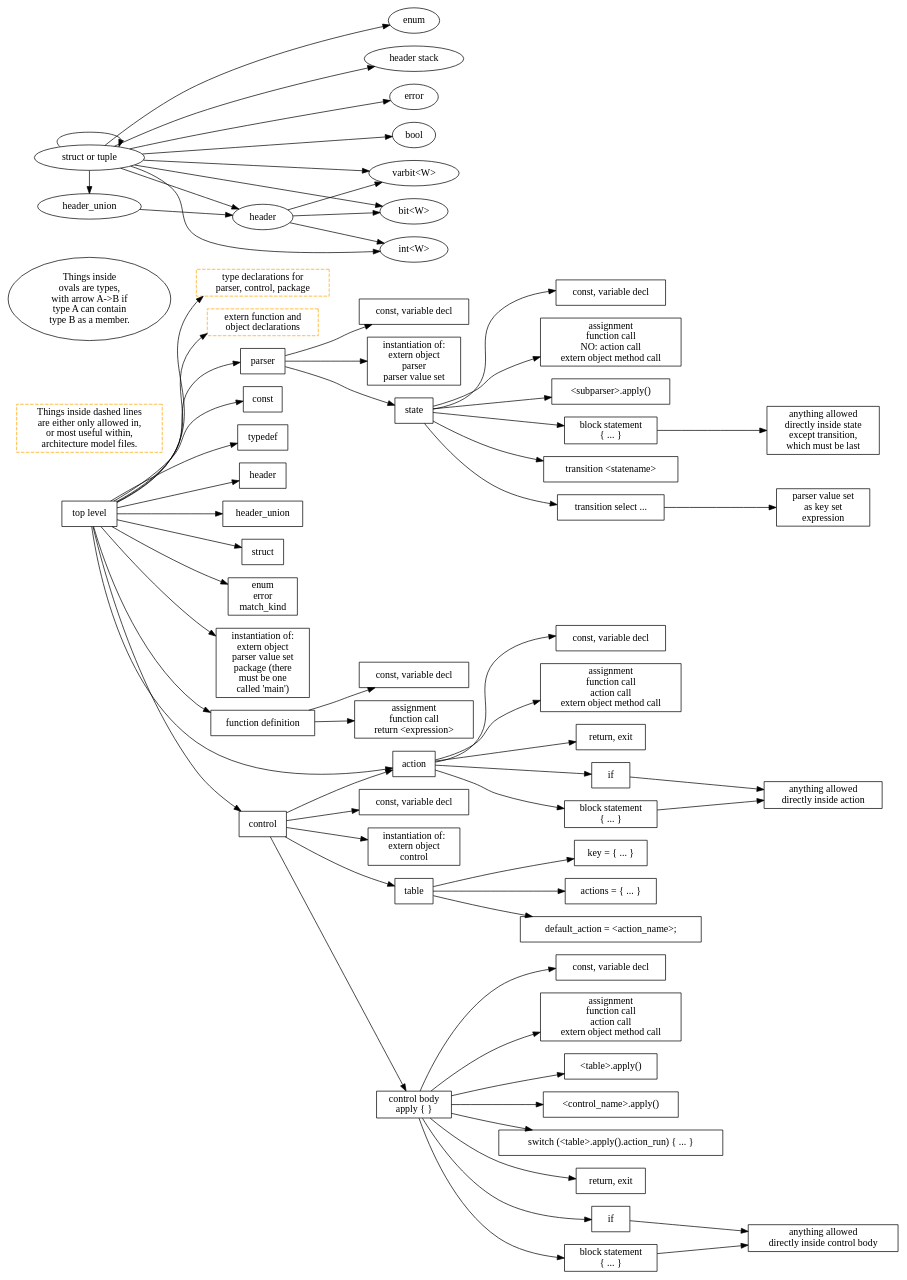
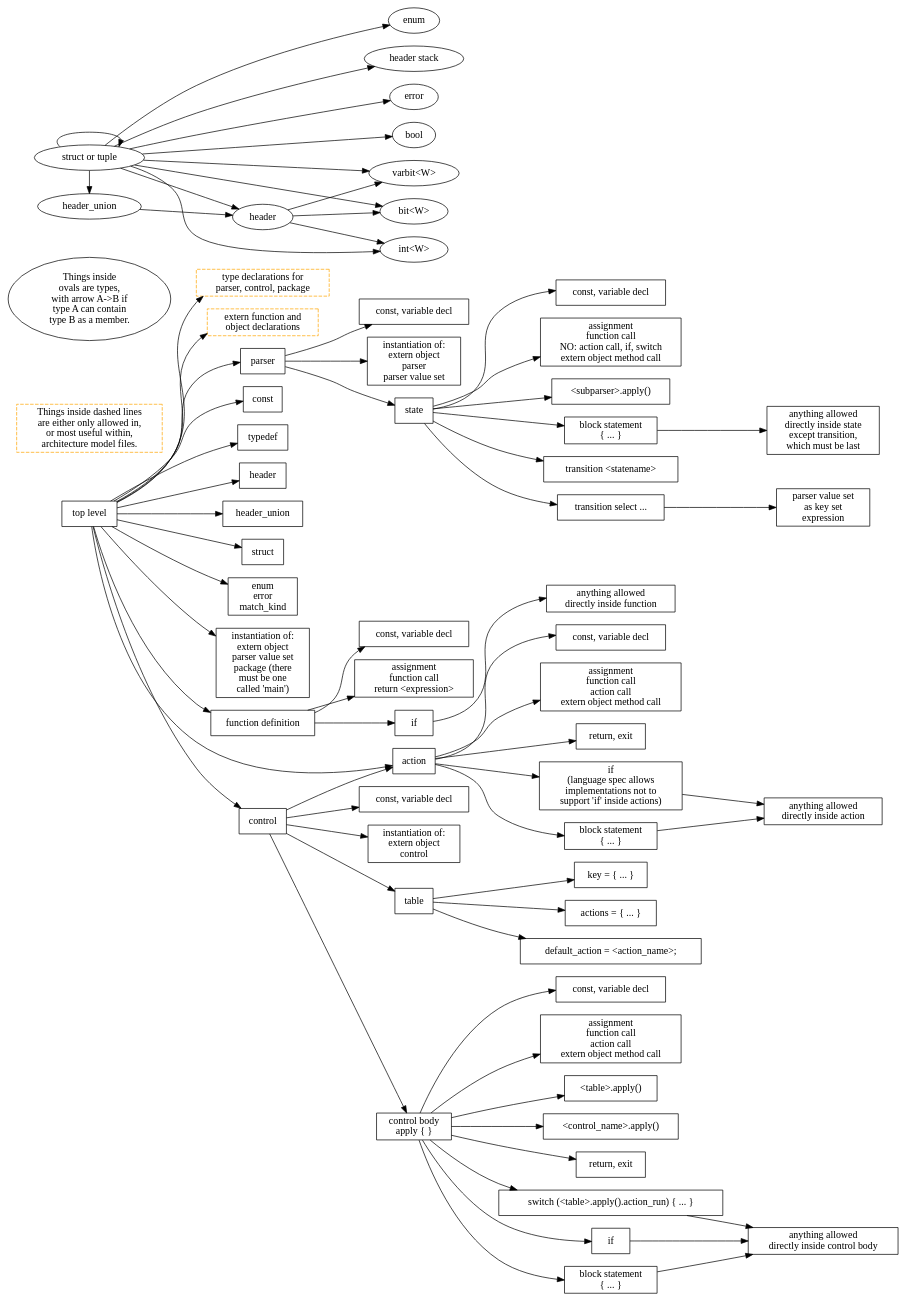
One commit to jafingerhut/p4-guide changed the diagram in p4-16-allowed-constructs.dot. Above: the diagram before and after it, drawn with Graphviz. The commit also changed 4 other files, not shown here.

First line of the commit message:
A few small additions to the P4_16 allowed constructs figure

```diff
--- a/p4-16-allowed-constructs.dot
+++ b/p4-16-allowed-constructs.dot
@@ -1,164 +1,169 @@
 digraph p4_16_allowed_construct_nesting {
 
     node [shape=box];
     rankdir=LR;
     
     toplevel [label="top level"];
     legend_bold_orange_box [label="Things inside dashed lines\nare either only allowed in,\nor most useful within,\narchitecture model files." style=dashed color=orange];
 
     toplevel -> typeDeclaration;
     typeDeclaration [label="type declarations for\nparser, control, package" style=dashed color=orange];
     toplevel -> externDeclaration;
     externDeclaration [label="extern function and\n object declarations" style=dashed color=orange];
     toplevel -> parserDeclaration;
     parserDeclaration [label="parser"];
     toplevel -> constantDeclaration1;
     constantDeclaration1 [label="const"];
     toplevel -> typedefDeclaration;
     typedefDeclaration [label="typedef"];
     toplevel -> headerTypeDeclaration;
     headerTypeDeclaration [label="header"];
     toplevel -> headerUnionDeclaration;
     headerUnionDeclaration [label="header_union"];
     toplevel -> structTypeDeclaration;
     structTypeDeclaration [label="struct"];
     toplevel -> enumErrorMatchKindDeclaration;
     enumErrorMatchKindDeclaration [label="enum\nerror\nmatch_kind"];
     toplevel -> Instantiation;
     Instantiation [label="instantiation of:\nextern object\nparser value set\npackage (there\nmust be one\ncalled 'main')"];
     toplevel -> functionDefinition;
     functionDefinition [label="function definition"];
     toplevel -> actionDeclaration;
     actionDeclaration [label="action"];
     toplevel -> controlDeclaration;
     controlDeclaration [label="control"];
 
     // this is 'parser <name> (<parameters>) { ... }'
     parserDeclaration -> constantOrVariableDeclaration2;
     constantOrVariableDeclaration2 [label="const, variable decl"];
     parserDeclaration -> Instantiation2;
     Instantiation2 [label="instantiation of:\nextern object\nparser\nparser value set"];
     parserDeclaration -> parserState;
 
     parserState [label="state"];
     parserState -> constantOrVariableDeclaration3;
     constantOrVariableDeclaration3 [label="const, variable decl"];
     parserState -> assignmentActionMethodCallStatement3;
-    assignmentActionMethodCallStatement3 [label="assignment\nfunction call\nNO: action call\nextern object method call"];
+    assignmentActionMethodCallStatement3 [label="assignment\nfunction call\nNO: action call, if, switch\nextern object method call"];
     parserState -> parserApplyCallStatement3;
     parserApplyCallStatement3 [label="<subparser>.apply()"];
     parserState -> blockStatement3;
     blockStatement3 [label="block statement\n{ ... }"];
     blockStatement3 -> blockStatementInParserState;
     blockStatementInParserState [label="anything allowed\ndirectly inside state\nexcept transition,\nwhich must be last"];
     parserState -> transitionStatement1;
     parserState -> transitionStatement2;
     transitionStatement1 [label="transition <statename>"];
     transitionStatement2 [label="transition select ..."];
     transitionStatement2 -> parserValueSetCall;
     parserValueSetCall [label="parser value set\nas key set\nexpression"];
 
     controlDeclaration -> constantOrVariableDeclaration4;
     constantOrVariableDeclaration4 [label="const, variable decl"];
     controlDeclaration -> Instantiation4;
     Instantiation4 [label="instantiation of:\nextern object\ncontrol"];
     controlDeclaration -> actionDeclaration;
     controlDeclaration -> tableDeclaration;
     controlDeclaration -> controlBody;
     controlBody [label="control body\napply { }"];
 
     tableDeclaration [label="table"];
     tableDeclaration -> tablePropertyKey;
     tablePropertyKey [label="key = { ... }"];
     tableDeclaration -> tablePropertyActions;
     tablePropertyActions [label="actions = { ... }"];
     tableDeclaration -> tablePropertyDefaultAction;
     tablePropertyDefaultAction [label="default_action = <action_name>;"];
 
     functionDefinition -> constantOrVariableDeclaration7;
     constantOrVariableDeclaration7 [label="const, variable decl"];
     functionDefinition -> assignmentFunctionCallStatement1;
     assignmentFunctionCallStatement1 [label="assignment\nfunction call\nreturn <expression>"];
+    functionDefinition -> conditionalStatement7;
+    conditionalStatement7 [label="if"];
+    conditionalStatement7 -> blockStatementInFunctionDefinition;
+    blockStatementInFunctionDefinition [label="anything allowed\ndirectly inside function"];
 
     actionDeclaration -> constantOrVariableDeclaration5;
     constantOrVariableDeclaration5 [label="const, variable decl"];
     actionDeclaration -> assignmentActionMethodCallStatement5;
     assignmentActionMethodCallStatement5 [label="assignment\nfunction call\naction call\nextern object method call"];
     actionDeclaration -> returnOrExitStatement5;
     returnOrExitStatement5 [label="return, exit"];
     actionDeclaration -> conditionalStatement5;
-    conditionalStatement5 [label="if"];
+    conditionalStatement5 [label="if\n(language spec allows\nimplementations not to\nsupport 'if' inside actions)"];
     conditionalStatement5 -> blockStatementInActionDeclaration;
     actionDeclaration -> blockStatement5;
     blockStatement5 [label="block statement\n{ ... }"];
     blockStatement5 -> blockStatementInActionDeclaration;
     blockStatementInActionDeclaration [label="anything allowed\ndirectly inside action"];
 
     // I am making up actionCallStatement.  It might most closely
     // correspond in P4_16 grammar to assignmentOrMethodCallStatement.
     //actionCallStatement
 
     controlBody -> constantOrVariableDeclaration6;
     constantOrVariableDeclaration6 [label="const, variable decl"];
     controlBody -> assignmentActionMethodCallStatement6;
     assignmentActionMethodCallStatement6 [label="assignment\nfunction call\naction call\nextern object method call"];
     controlBody -> tableApplyCall6;
     tableApplyCall6 [label="<table>.apply()"];
     controlBody -> controlCallStatement6;
     controlCallStatement6 [label="<control_name>.apply()"];
+    controlBody -> returnOrExitStatement6;
+    returnOrExitStatement6 [label="return, exit"];
     controlBody -> switchStatement6;
     switchStatement6 [label="switch (<table>.apply().action_run) { ... }"];
-    controlBody -> returnOrExitStatement6;
-    returnOrExitStatement6 [label="return, exit"];
+    switchStatement6 -> blockStatementInControlBody;
     controlBody -> conditionalStatement6;
     conditionalStatement6 [label="if"];
     conditionalStatement6 -> blockStatementInControlBody;
     controlBody -> blockStatement6;
     blockStatement6 [label="block statement\n{ ... }"];
     blockStatement6 -> blockStatementInControlBody;
     blockStatementInControlBody [label="anything allowed\ndirectly inside control body"];
 
 
     legend_oval [label="Things inside\novals are types,\nwith arrow A->B if\ntype A can contain\ntype B as a member." shape=oval];
 
     {
     rank=same;
     containerStructOrTuple [shape=oval label="struct or tuple"];
     //containerStruct [shape=oval label="struct"];
     //containerTuple [shape=oval label="tuple"];
     containerHeaderUnion [shape=oval label="header_union"];
     }
 
     {
     rank=same;
     containerHeader [shape=oval label="header"];
     }
 
     {
     rank=same;
     elementBitW [shape=oval label="bit<W>"];
     elementIntW [shape=oval label="int<W>"];
     elementVarbitW [shape=oval label="varbit<W>"];
     elementError [shape=oval label="error"];
     elementBool [shape=oval label="bool"];
     elementEnum [shape=oval label="enum"];
     elementHeaderStack [shape=oval label="header stack"];
     }
 
     containerHeader -> elementBitW;
     containerHeader -> elementIntW;
     containerHeader -> elementVarbitW;
 
     containerHeaderUnion -> containerHeader;
 
     containerStructOrTuple -> elementBitW;
     containerStructOrTuple -> elementIntW;
     containerStructOrTuple -> elementVarbitW;
     containerStructOrTuple -> elementError;
     containerStructOrTuple -> elementBool;
     containerStructOrTuple -> elementEnum;
     containerStructOrTuple -> containerHeader;
     containerStructOrTuple -> containerHeaderUnion;
     containerStructOrTuple -> elementHeaderStack;
     containerStructOrTuple -> containerStructOrTuple;
 }
```
